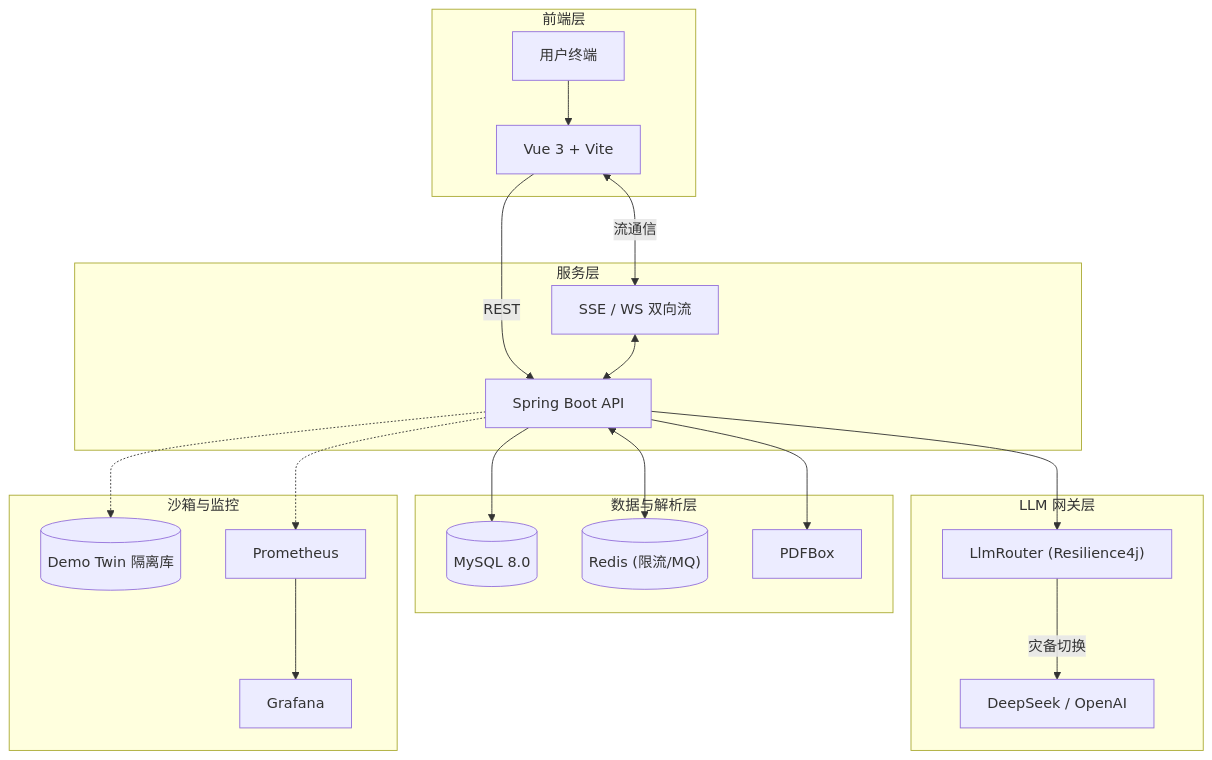
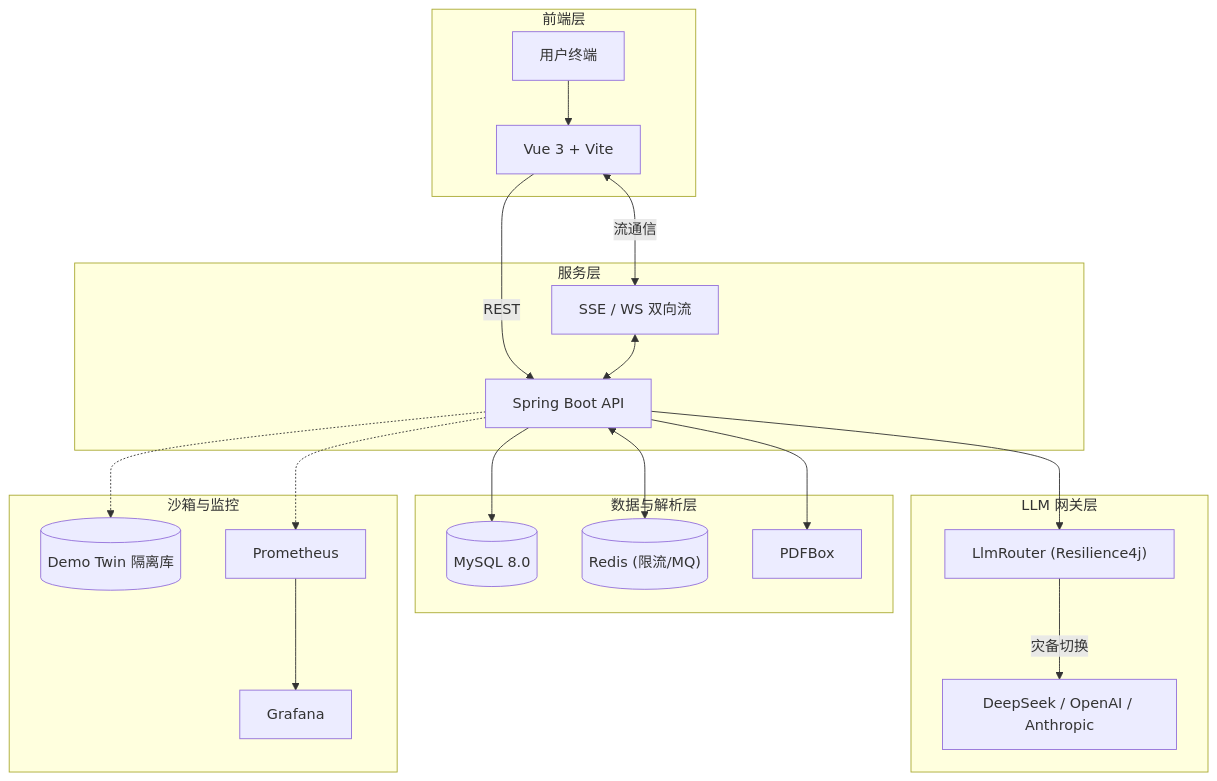
Before and after one commit to zyyyyynnn/Prelude: the diagram in README.md, drawn with Mermaid. The commit also changed other lines of this file and 7 other files, not shown here.

````diff
--- a/README.md
+++ b/README.md
@@ -27,42 +26,42 @@
 ```mermaid
 flowchart TB
   subgraph Client ["前端层"]
     U["用户终端"] --> FE["Vue 3 + Vite"]
   end
 
   subgraph Server ["服务层"]
     API["Spring Boot API"]
     WS["SSE / WS 双向流"]
   end
 
   subgraph Data ["数据与解析层"]
     DB[("MySQL 8.0")]
     Redis[("Redis (限流/MQ)")]
     PDF["PDFBox"]
   end
 
   subgraph Gateway ["LLM 网关层"]
     Router["LlmRouter (Resilience4j)"]
-    LLM["DeepSeek / OpenAI"]
+    LLM["DeepSeek / OpenAI / Anthropic"]
     Router -->|灾备切换| LLM
   end
 
   subgraph Ops ["沙箱与监控"]
     DemoDB[("Demo Twin 隔离库")]
     Prometheus["Prometheus"]
     Grafana["Grafana"]
     Prometheus --> Grafana
   end
 
   FE -->|REST| API
   FE <-->|流通信| WS
   WS <--> API
   
   API --> DB
   API <--> Redis
   API --> PDF
   API --> Router
   
   API -.-> DemoDB
   API -.-> Prometheus
 ```
````
